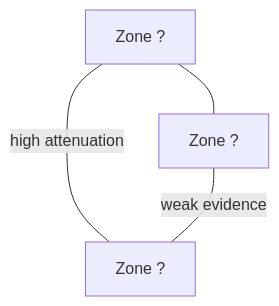
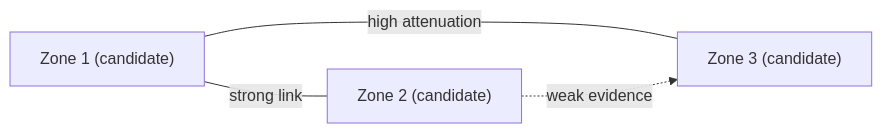
One commit to closedform/senseye changed the first of 5 diagrams in README.md. Above: the diagram before and after it, drawn with Mermaid. The commit also changed other lines of this file, not shown here.

Commit message:
Refine README diagrams and restore mesh visuals

````diff
--- a/README.md
+++ b/README.md
@@ -28,6 +30,6 @@
 ```mermaid
-graph TD
-  A["Zone ?"] --- B["Zone ?"]
-  A ---|"high attenuation"| C["Zone ?"]
-  B ---|"weak evidence"| C
+flowchart LR
+  Z1["Zone 1 (candidate)"] ---|"strong link"| Z2["Zone 2 (candidate)"]
+  Z1 ---|"high attenuation"| Z3["Zone 3 (candidate)"]
+  Z2 -.->|"weak evidence"| Z3
 ```
````
